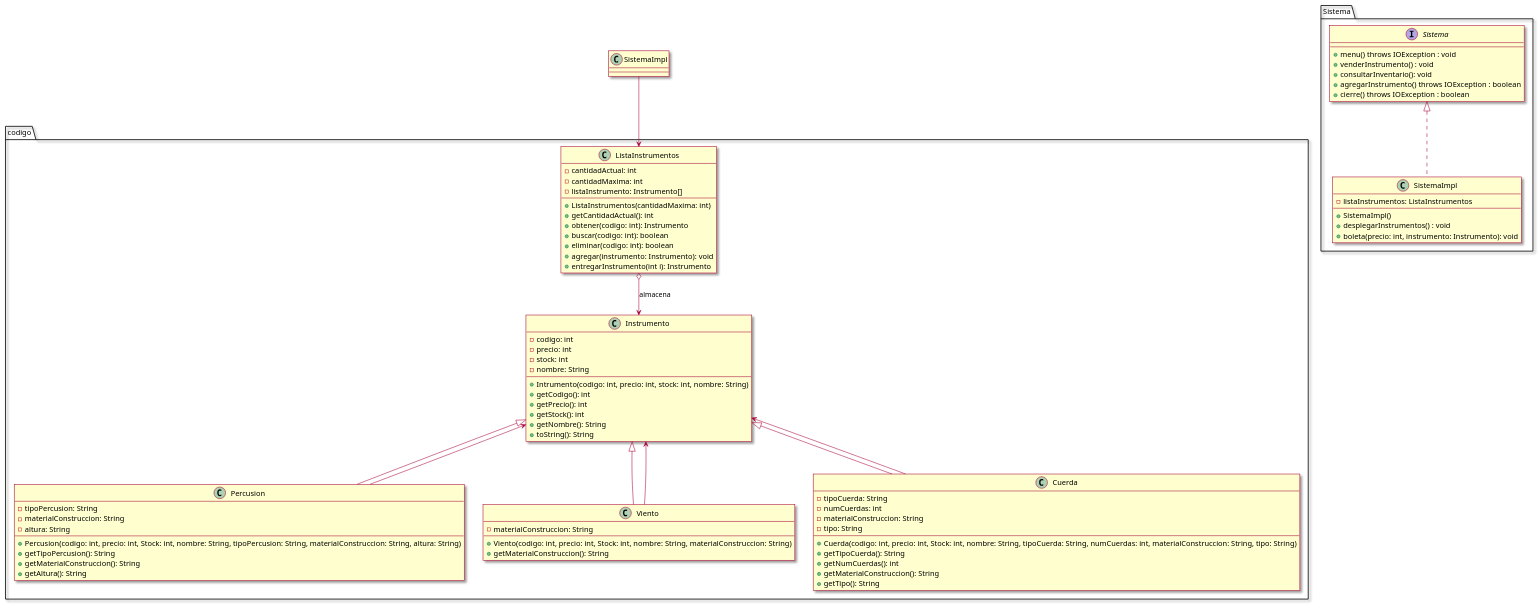
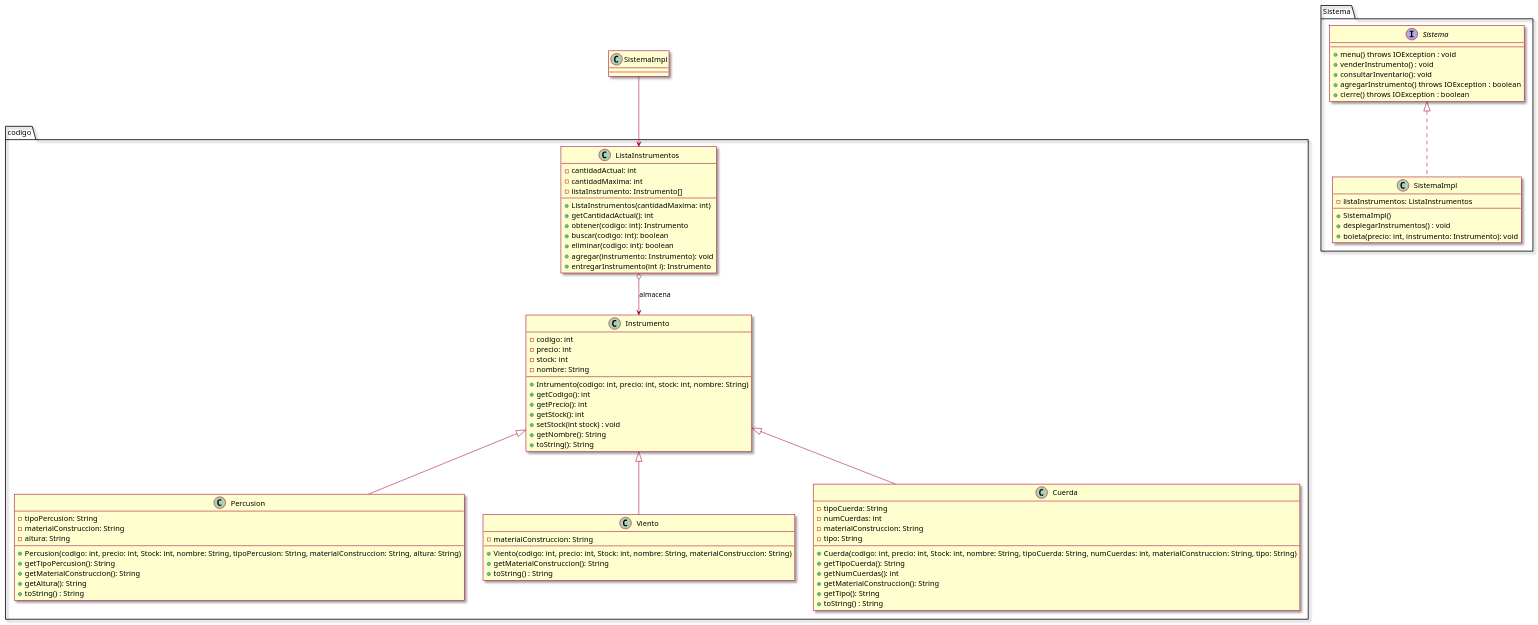
One commit to MoxhaSB/BeatTheRhythm changed the diagram in src/Modelos/puml/DiagramaDeClases.puml. Above: the diagram before and after it, drawn with PlantUML. The commit also changed 6 other files, not shown here.

```diff
--- a/src/Modelos/puml/DiagramaDeClases.puml
+++ b/src/Modelos/puml/DiagramaDeClases.puml
@@ -1,103 +1,105 @@
 @startuml
 skin rose
 
 package codigo{
 
 class ListaInstrumentos{
 
 -cantidadActual: int
 -cantidadMaxima: int
 -listaInstrumento: Instrumento[]
 
 +ListaInstrumentos(cantidadMaxima: int)
 +getCantidadActual(): int
 +obtener(codigo: int): Instrumento
 +buscar(codigo: int): boolean
 +eliminar(codigo: int): boolean
 +agregar(instrumento: Instrumento): void
 +entregarInstrumento(int i): Instrumento
 
 }
 
 class Instrumento{
 
 -codigo: int
 -precio: int
 -stock: int
 -nombre: String
 
 +Intrumento(codigo: int, precio: int, stock: int, nombre: String)
 +getCodigo(): int
 +getPrecio(): int
 +getStock(): int
++setStock(int stock) : void
 +getNombre(): String
 +toString(): String
 }
 
 class Percusion extends Instrumento{
 
 -tipoPercusion: String
 -materialConstruccion: String
 -altura: String
 
 +Percusion(codigo: int, precio: int, Stock: int, nombre: String, tipoPercusion: String, materialConstruccion: String, altura: String)
 +getTipoPercusion(): String
 +getMaterialConstruccion(): String
 +getAltura(): String
++toString() : String
 }
 
 class Viento extends Instrumento{
 
 -materialConstruccion: String
 
 +Viento(codigo: int, precio: int, Stock: int, nombre: String, materialConstruccion: String)
 +getMaterialConstruccion(): String
++toString() : String
 }
 
 class Cuerda extends Instrumento{
 
 -tipoCuerda: String
 -numCuerdas: int
 -materialConstruccion: String
 -tipo: String
 
 +Cuerda(codigo: int, precio: int, Stock: int, nombre: String, tipoCuerda: String, numCuerdas: int, materialConstruccion: String, tipo: String)
 +getTipoCuerda(): String
 +getNumCuerdas(): int
 +getMaterialConstruccion(): String
 +getTipo(): String
++toString() : String
 }
 
 ListaInstrumentos o--> Instrumento: almacena
-Instrumento <-- Percusion
-Instrumento <-- Viento
-Instrumento <-- Cuerda
+
 
 }
 
 SistemaImpl --> ListaInstrumentos
 
 package Sistema{
 
 Interface Sistema{
 
 +menu() throws IOException : void
 +venderInstrumento() : void
 +consultarInventario(): void
 +agregarInstrumento() throws IOException : boolean
 +cierre() throws IOException : boolean
 }
 
 class SistemaImpl implements Sistema{
 
 -listaInstrumentos: ListaInstrumentos
 
 +SistemaImpl()
 +desplegarInstrumentos() : void
 +boleta(precio: int, instrumento: Instrumento): void
 
 }
 
 
 
 @enduml
```
